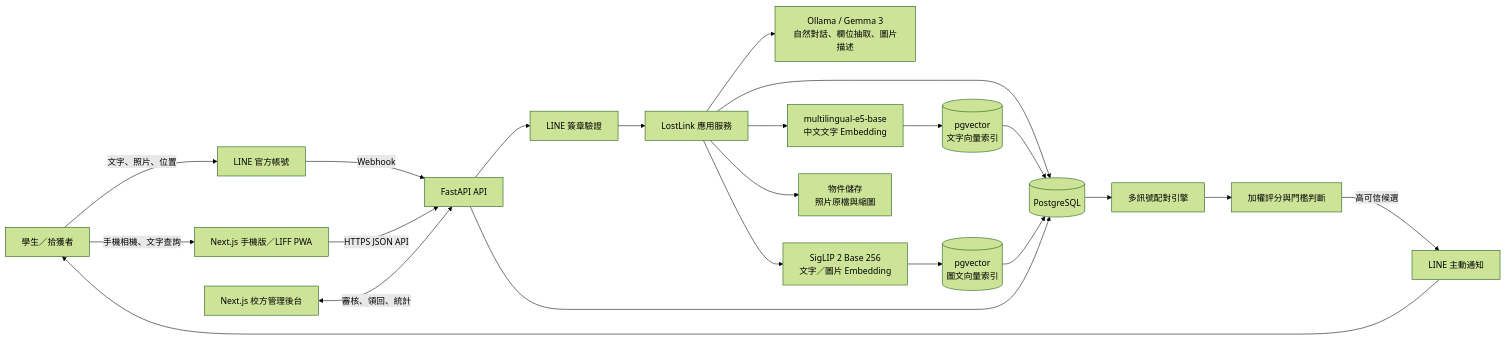
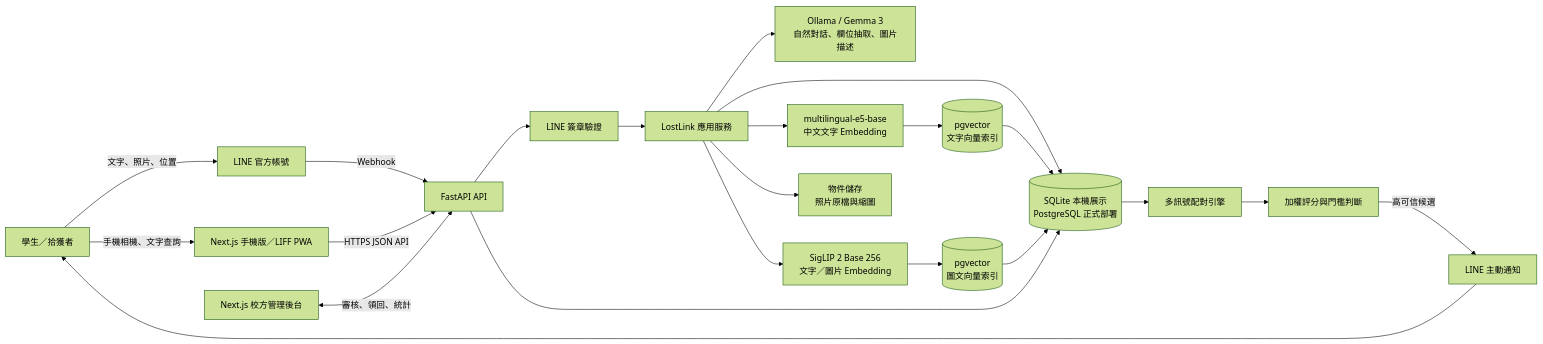
One commit to yian3690/LostLink changed the first of 4 diagrams in README.md. Above: the diagram before and after it, drawn with Mermaid (forest theme). The commit also changed other lines of this file and 15 other files, not shown here.

Commit message:
feat: improve matching flow and add Windows launcher

````diff
--- a/README.md
+++ b/README.md
@@ -18,27 +18,27 @@
 ```mermaid
 flowchart LR
     U[學生／拾獲者] -->|文字、照片、位置| LINE[LINE 官方帳號]
     U -->|手機相機、文字查詢| LIFF[Next.js 手機版／LIFF PWA]
     LINE -->|Webhook| API[FastAPI API]
     LIFF -->|HTTPS JSON API| API
     API --> VERIFY[LINE 簽章驗證]
     VERIFY --> APP[LostLink 應用服務]
 
     APP --> GEMMA[Ollama / Gemma 3<br/>自然對話、欄位抽取、圖片描述]
     APP --> E5[multilingual-e5-base<br/>中文文字 Embedding]
     APP --> SIGLIP[SigLIP 2 Base 256<br/>文字／圖片 Embedding]
     APP --> OBJECT[物件儲存<br/>照片原檔與縮圖]
-    APP --> DB[(PostgreSQL)]
+    APP --> DB[(SQLite 本機展示<br/>PostgreSQL 正式部署)]
     E5 --> VECTOR[(pgvector<br/>文字向量索引)]
     SIGLIP --> VECTOR2[(pgvector<br/>圖文向量索引)]
     VECTOR --> DB
     VECTOR2 --> DB
 
     DB --> MATCH[多訊號配對引擎]
     MATCH --> RANK[加權評分與門檻判斷]
     RANK -->|高可信候選| PUSH[LINE 主動通知]
     PUSH --> U
 
     ADMIN[Next.js 校方管理後台] <-->|審核、領回、統計| API
     API --> DB
 ```
````
